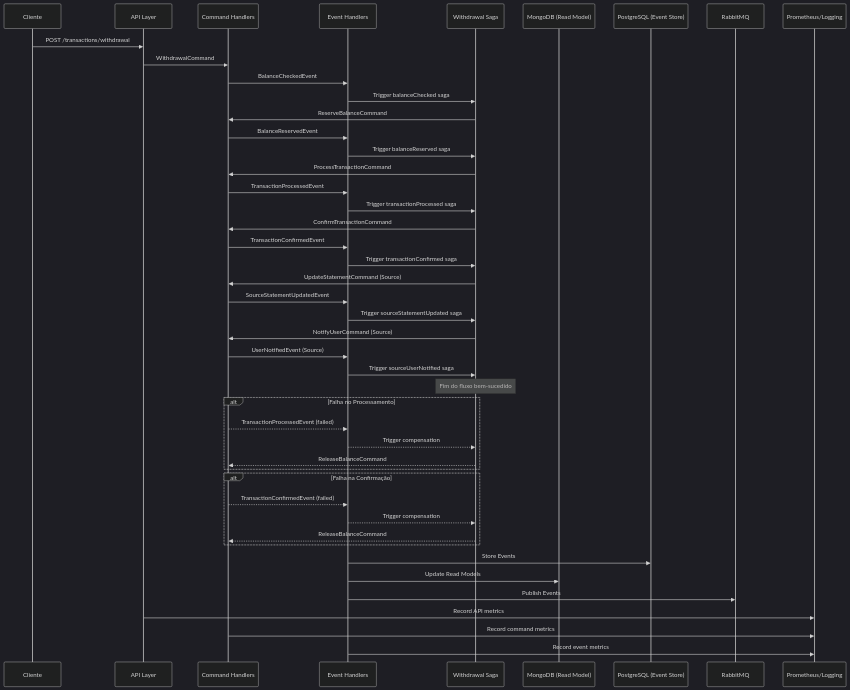
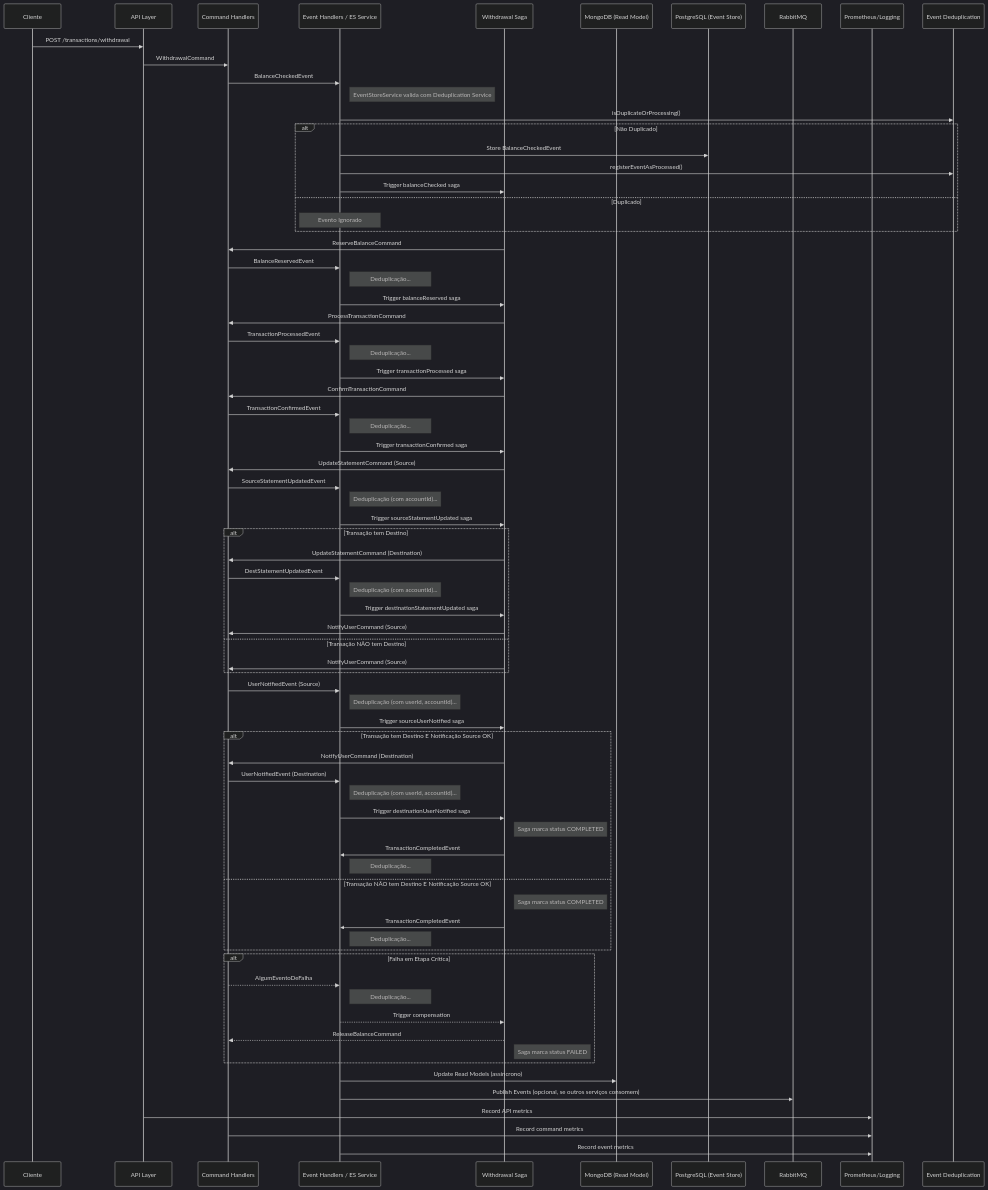
One commit to ferreirase/cqrs-es-poc changed the second of 5 diagrams in README.md. Above: the diagram before and after it, drawn with Mermaid (dark theme). The commit also changed other lines of this file and 1 other file, not shown here.

Commit message:
fix: updated readme file

```diff
--- a/README.md
+++ b/README.md
@@ -374,56 +370,86 @@
     participant Client as Cliente
     participant API as API Layer
     participant Commands as Command Handlers
-    participant Events as Event Handlers
+    participant Events as Event Handlers / ES Service
     participant Saga as Withdrawal Saga
     participant ReadDB as MongoDB (Read Model)
     participant EventDB as PostgreSQL (Event Store)
     participant Queue as RabbitMQ
     participant Metrics as Prometheus/Logging
+    participant Deduplication as Event Deduplication
 
     Client->>API: POST /transactions/withdrawal
     API->>Commands: WithdrawalCommand
+    Commands->>Events: BalanceCheckedEvent
 
-    Commands->>Events: BalanceCheckedEvent
-    Events->>Saga: Trigger balanceChecked saga
+    Note right of Events: EventStoreService valida com Deduplication Service
+    Events->>Deduplication: isDuplicateOrProcessing()
+    alt Não Duplicado
+      Events->>EventDB: Store BalanceCheckedEvent
+      Events->>Deduplication: registerEventAsProcessed()
+      Events->>Saga: Trigger balanceChecked saga
+    else Duplicado
+      Note over Events: Evento Ignorado
+    end
+
     Saga->>Commands: ReserveBalanceCommand
-
     Commands->>Events: BalanceReservedEvent
+    Note right of Events: Deduplicação...
     Events->>Saga: Trigger balanceReserved saga
     Saga->>Commands: ProcessTransactionCommand
 
     Commands->>Events: TransactionProcessedEvent
+    Note right of Events: Deduplicação...
     Events->>Saga: Trigger transactionProcessed saga
     Saga->>Commands: ConfirmTransactionCommand
 
     Commands->>Events: TransactionConfirmedEvent
+    Note right of Events: Deduplicação...
     Events->>Saga: Trigger transactionConfirmed saga
     Saga->>Commands: UpdateStatementCommand (Source)
 
     Commands->>Events: SourceStatementUpdatedEvent
+    Note right of Events: Deduplicação (com accountId)...
     Events->>Saga: Trigger sourceStatementUpdated saga
-    Saga->>Commands: NotifyUserCommand (Source)
+
+    alt Transação tem Destino
+       Saga->>Commands: UpdateStatementCommand (Destination)
+       Commands->>Events: DestStatementUpdatedEvent
+       Note right of Events: Deduplicação (com accountId)...
+       Events->>Saga: Trigger destinationStatementUpdated saga
+       Saga->>Commands: NotifyUserCommand (Source)
+    else Transação NÃO tem Destino
+       Saga->>Commands: NotifyUserCommand (Source)
+    end
 
     Commands->>Events: UserNotifiedEvent (Source)
+    Note right of Events: Deduplicação (com userId, accountId)...
     Events->>Saga: Trigger sourceUserNotified saga
 
-    Note over Saga: Fim do fluxo bem-sucedido
+    alt Transação tem Destino E Notificação Source OK
+        Saga->>Commands: NotifyUserCommand (Destination)
+        Commands->>Events: UserNotifiedEvent (Destination)
+        Note right of Events: Deduplicação (com userId, accountId)...
+        Events->>Saga: Trigger destinationUserNotified saga
+        Note right of Saga: Saga marca status COMPLETED
+        Saga->>Events: TransactionCompletedEvent
+        Note right of Events: Deduplicação...
+    else Transação NÃO tem Destino E Notificação Source OK
+        Note right of Saga: Saga marca status COMPLETED
+        Saga->>Events: TransactionCompletedEvent
+        Note right of Events: Deduplicação...
+    end
 
-    alt Falha no Processamento
-        Commands-->>Events: TransactionProcessedEvent (failed)
+    alt Falha em Etapa Crítica
+        Commands-->>Events: AlgumEventoDeFalha
+        Note right of Events: Deduplicação...
         Events-->>Saga: Trigger compensation
         Saga-->>Commands: ReleaseBalanceCommand
+        Note right of Saga: Saga marca status FAILED
     end
 
-    alt Falha na Confirmação
-        Commands-->>Events: TransactionConfirmedEvent (failed)
-        Events-->>Saga: Trigger compensation
-        Saga-->>Commands: ReleaseBalanceCommand
-    end
-
-    Events->>EventDB: Store Events
-    Events->>ReadDB: Update Read Models
-    Events->>Queue: Publish Events
+    Events->>ReadDB: Update Read Models (assíncrono)
+    Events->>Queue: Publish Events (opcional, se outros serviços consomem)
 
     API->>Metrics: Record API metrics
     Commands->>Metrics: Record command metrics
```
